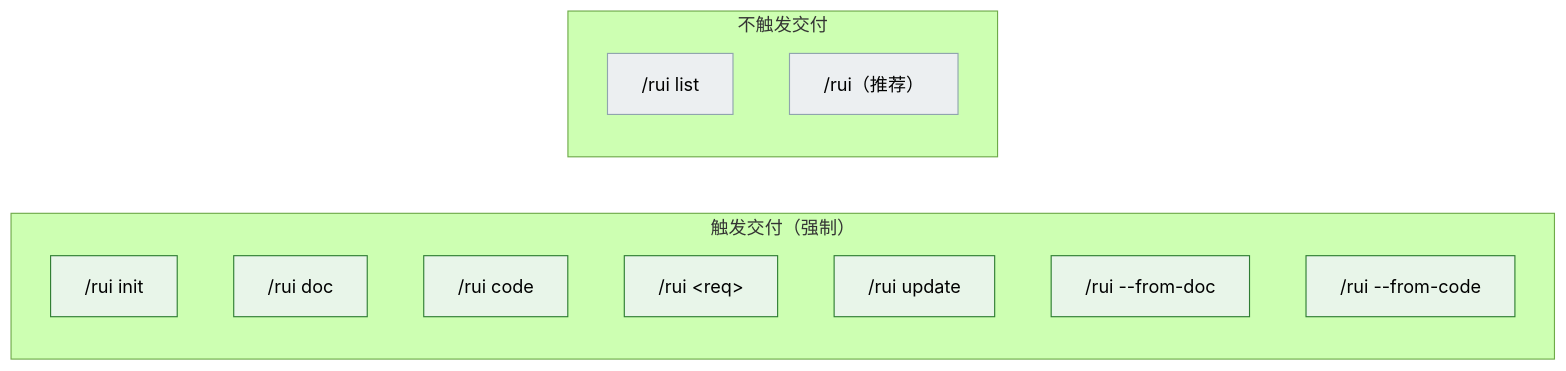
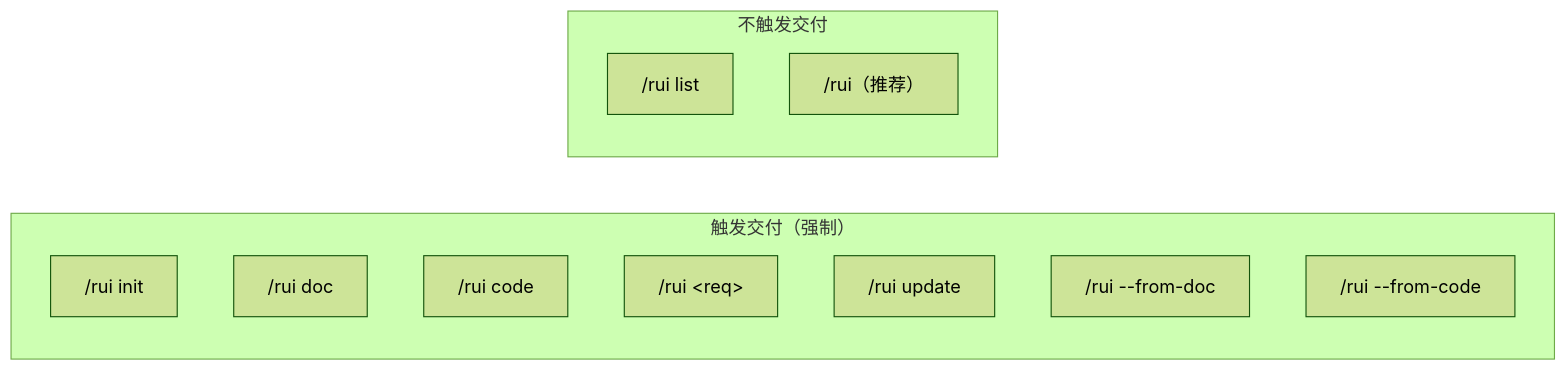
One commit to effiy/YrY changed the second of 10 diagrams in rules/delivery-gate.md. Above: the diagram before and after it, drawn with Mermaid (forest theme). The commit also changed other lines of this file and 61 other files, not shown here.

````diff
--- a/rules/delivery-gate.md
+++ b/rules/delivery-gate.md
@@ -63,19 +58,17 @@
 ```mermaid
 flowchart LR
     subgraph 触发["触发交付（强制）"]
         T1["/rui init"]:::yes
         T2["/rui doc"]:::yes
         T3["/rui code"]:::yes
         T4["/rui &lt;req&gt;"]:::yes
         T5["/rui update"]:::yes
         T6["/rui --from-doc"]:::yes
         T7["/rui --from-code"]:::yes
     end
     subgraph 不触发["不触发交付"]
         N1["/rui list"]:::no
         N2["/rui（推荐）"]:::no
     end
 
-    classDef yes fill:#e8f5e9,stroke:#2e7d32;
-    classDef no fill:#eceff1,stroke:#90a4ae;
 ```
````
